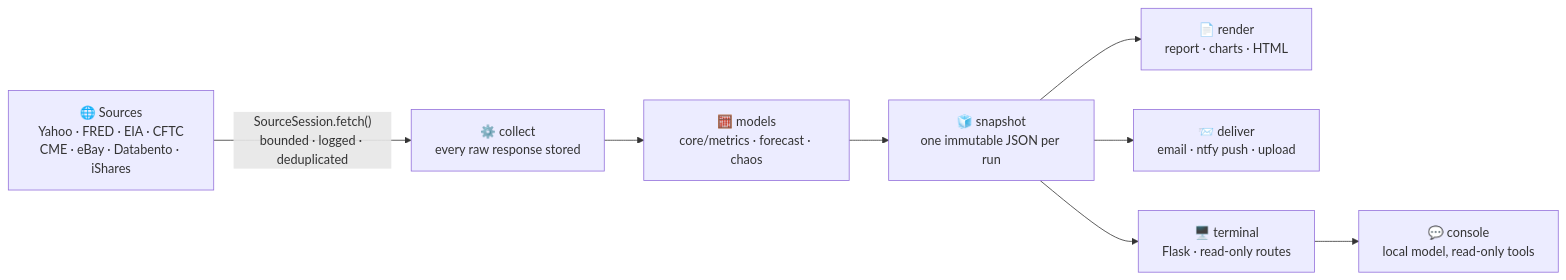
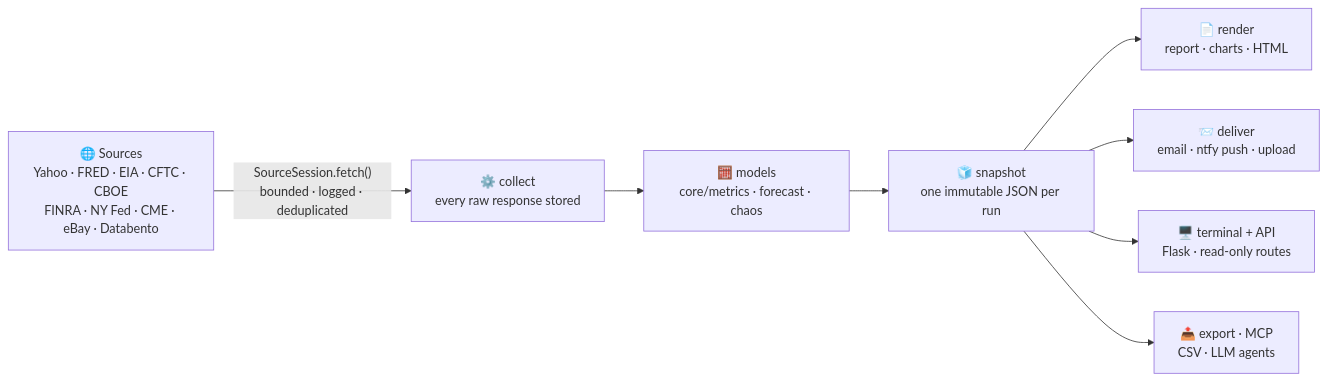
One commit to vladbondarenko97/market-terminal changed the diagram in README.md. Above: the diagram before and after it, drawn with Mermaid. The commit also changed other lines of this file and 12 other files, not shown here.

````diff
--- a/README.md
+++ b/README.md
@@ -48,10 +115,10 @@
 ```mermaid
 flowchart LR
-  S["🌐 Sources<br/>Yahoo · FRED · EIA · CFTC<br/>CME · eBay · Databento · iShares"] -->|"SourceSession.fetch()<br/>bounded · logged · deduplicated"| C["⚙️ collect<br/>every raw response stored"]
+  S["🌐 Sources<br/>Yahoo · FRED · EIA · CFTC · CBOE<br/>FINRA · NY Fed · CME · eBay · Databento"] -->|"SourceSession.fetch()<br/>bounded · logged · deduplicated"| C["⚙️ collect<br/>every raw response stored"]
   C --> M["🧮 models<br/>core/metrics · forecast · chaos"]
   M --> N["🧊 snapshot<br/>one immutable JSON per run"]
   N --> R["📄 render<br/>report · charts · HTML"]
   N --> D["📨 deliver<br/>email · ntfy push · upload"]
-  N --> T["🖥️ terminal<br/>Flask · read-only routes"]
-  T --> A["💬 console<br/>local model, read-only tools"]
+  N --> T["🖥️ terminal + API<br/>Flask · read-only routes"]
+  N --> X["📤 export · MCP<br/>CSV · LLM agents"]
 ```
````
